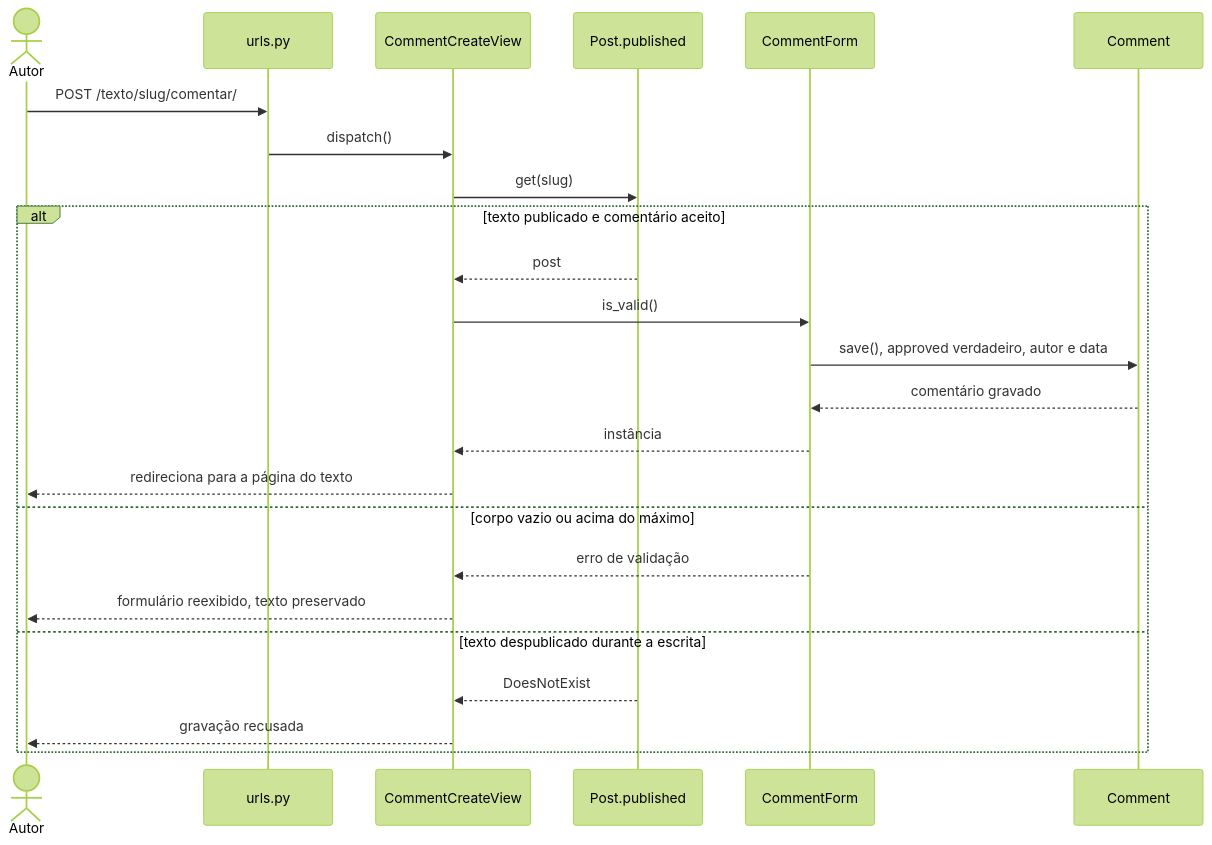
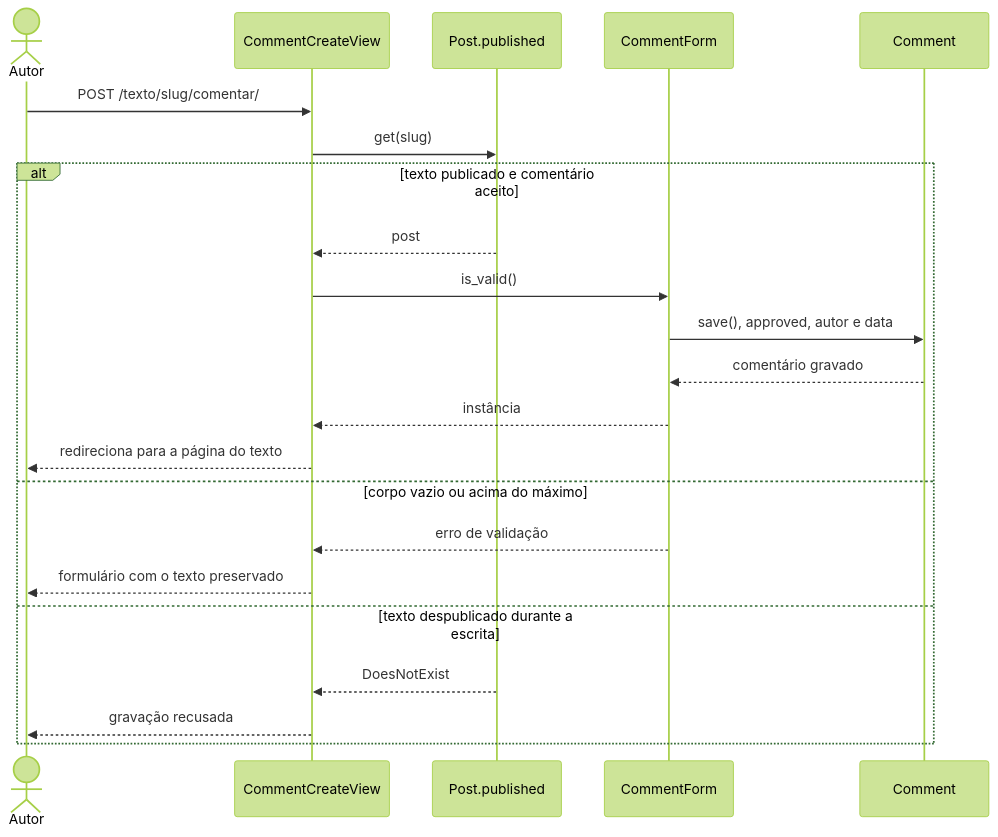
The diagram in docs/sequencia-de-projeto/UC10.md (ataraxia-ppads/ataraxia-blog), drawn with Mermaid (forest theme) before and after one commit. The commit also changed 5 other files, not shown here.

First line of the commit message:
docs: cinco raias por diagrama, em vez de seis

````diff
--- a/docs/sequencia-de-projeto/UC10.md
+++ b/docs/sequencia-de-projeto/UC10.md
@@ -3,26 +3,24 @@
 ```mermaid
 sequenceDiagram
     actor A as Autor
-    participant U as urls.py
     participant Vw as CommentCreateView
     participant P as Post.published
     participant F as CommentForm
     participant C as Comment
-    A->>U: POST /texto/slug/comentar/
-    U->>Vw: dispatch()
+    A->>Vw: POST /texto/slug/comentar/
     Vw->>P: get(slug)
     alt texto publicado e comentário aceito
         P-->>Vw: post
         Vw->>F: is_valid()
-        F->>C: save(), approved verdadeiro, autor e data
+        F->>C: save(), approved, autor e data
         C-->>F: comentário gravado
         F-->>Vw: instância
         Vw-->>A: redireciona para a página do texto
     else corpo vazio ou acima do máximo
         F-->>Vw: erro de validação
-        Vw-->>A: formulário reexibido, texto preservado
+        Vw-->>A: formulário com o texto preservado
     else texto despublicado durante a escrita
         P-->>Vw: DoesNotExist
         Vw-->>A: gravação recusada
     end
 ```
````
